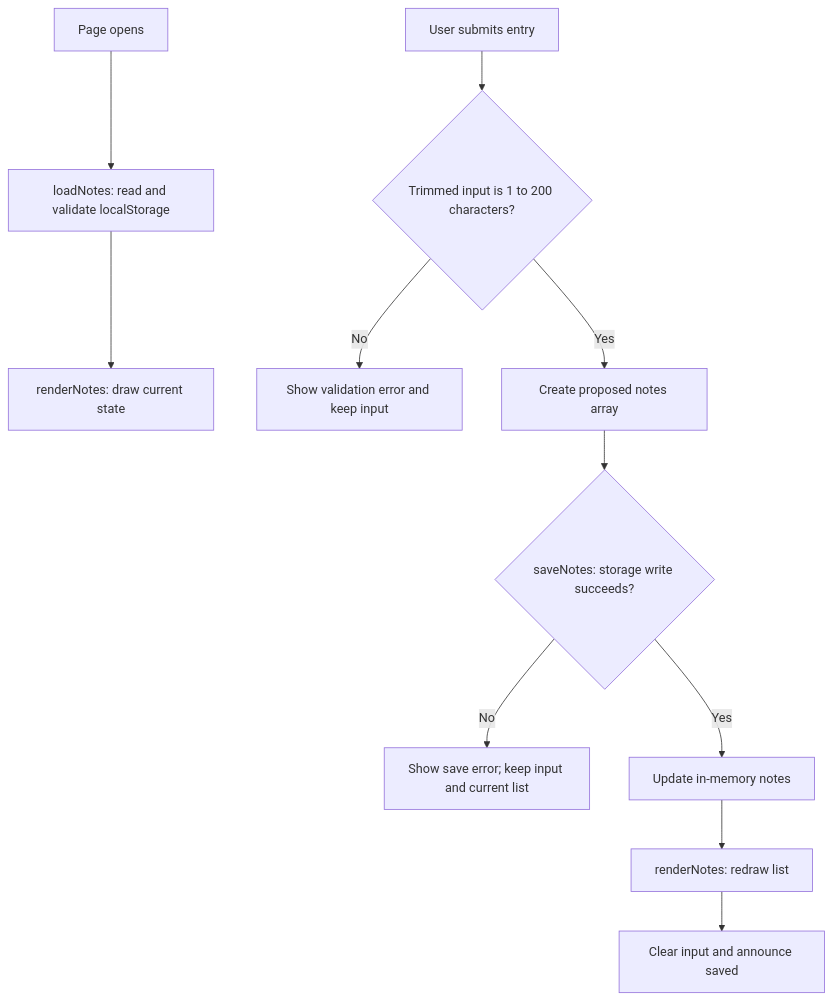
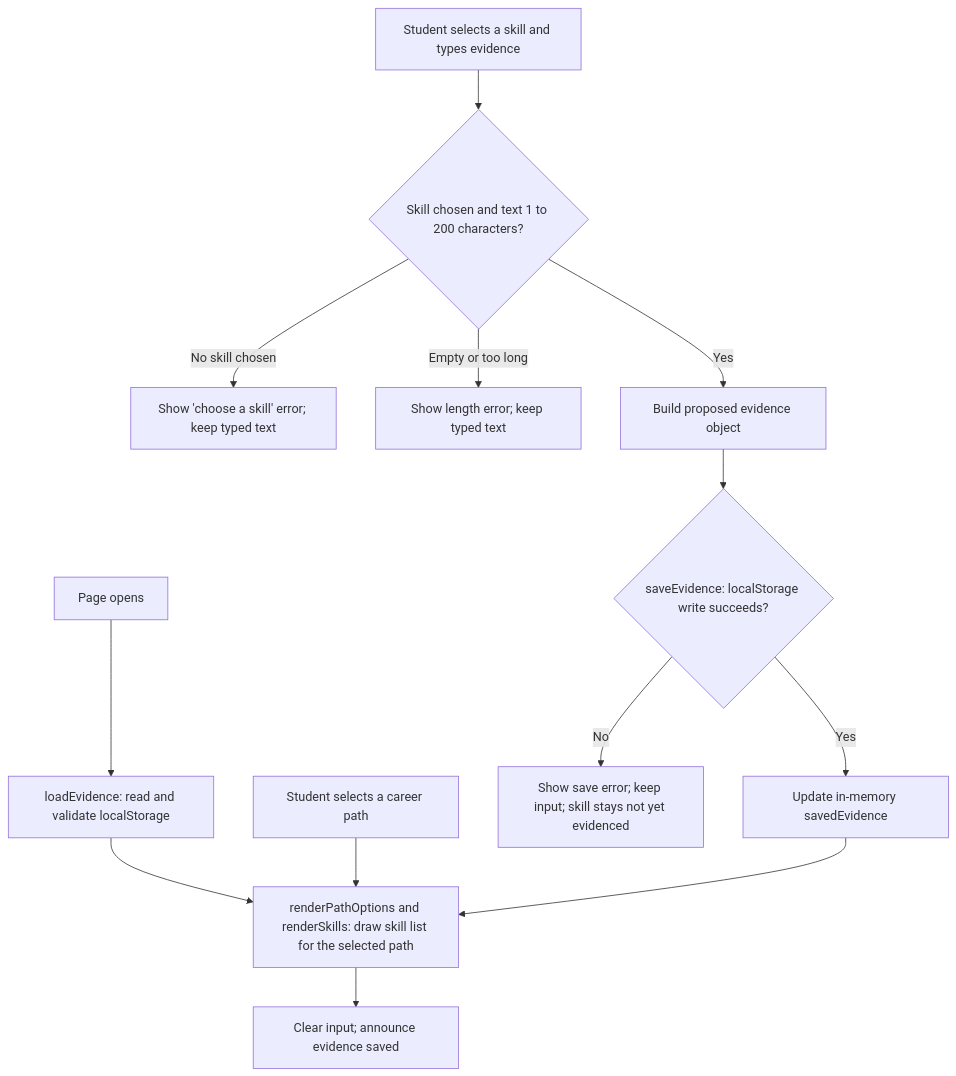
The diagram in README.md (ReginaChoi/mgt3745-hw3), drawn with Mermaid before and after one commit. The commit also changed other lines of this file and 3 other files, not shown here.

````diff
--- a/README.md
+++ b/README.md
@@ -46,13 +32,15 @@
 ```mermaid
 flowchart TD
- A[Page opens] --> B[loadNotes: read and validate localStorage]
-  B --> C[renderNotes: draw current state]
-  D[User submits entry] --> E{Trimmed input is 1 to 200 characters?}
-  E -->|No| F[Show validation error and keep input]
-  E -->|Yes| G[Create proposed notes array]
-  G --> H{saveNotes: storage write succeeds?}
-  H -->|No| I[Show save error; keep input and current list]
-  H -->|Yes| J[Update in-memory notes]
-  J --> K[renderNotes: redraw list]
-  K --> L[Clear input and announce saved]
+  A[Page opens] --> B[loadEvidence: read and validate localStorage]
+  B --> C[renderPathOptions and renderSkills: draw skill list for the selected path]
+  D[Student selects a career path] --> C
+  E[Student selects a skill and types evidence] --> F{Skill chosen and text 1 to 200 characters?}
+  F -->|No skill chosen| G[Show 'choose a skill' error; keep typed text]
+  F -->|Empty or too long| H[Show length error; keep typed text]
+  F -->|Yes| I[Build proposed evidence object]
+  I --> J{saveEvidence: localStorage write succeeds?}
+  J -->|No| K[Show save error; keep input; skill stays not yet evidenced]
+  J -->|Yes| L[Update in-memory savedEvidence]
+  L --> C
+  C --> M[Clear input; announce evidence saved]
 ```
````
